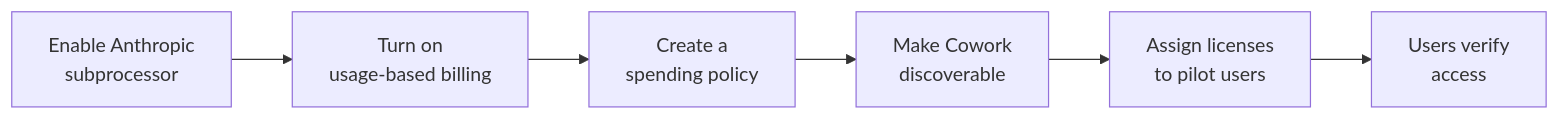
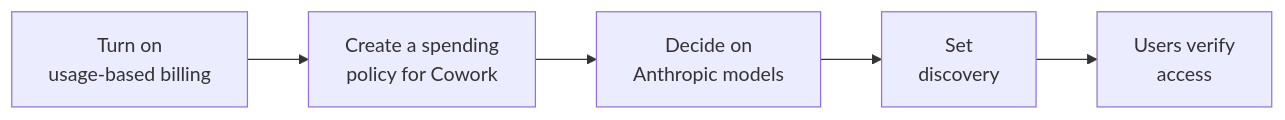
The diagram in demos/02-cowork/01-intro/readme.md (alexander-kastil/copilot-studio-agents), drawn with Mermaid before and after one commit. The commit also changed other lines of this file and 42 other files, not shown here.

Commit message:
feat(copilot-cowork): update brand-voice-copilot to check for em dashes, mermaid newlines, and sentence caps in markdown files, and add a script to generate a tool-description file for MCP connectors (#5)

````diff
--- a/demos/02-cowork/01-intro/readme.md
+++ b/demos/02-cowork/01-intro/readme.md
@@ -41,8 +44,7 @@
 ```mermaid
 flowchart LR
-  A["Enable Anthropic<br/>subprocessor"] --> B["Turn on<br/>usage-based billing"]
-  B --> C["Create a<br/>spending policy"]
-  C --> D["Make Cowork<br/>discoverable"]
-  D --> E["Assign licenses<br/>to pilot users"]
-  E --> F["Users verify<br/>access"]
+  A["Turn on<br/>usage-based billing"] --> B["Create a spending<br/>policy for Cowork"]
+  B --> C["Decide on<br/>Anthropic models"]
+  C --> D["Set<br/>discovery"]
+  D --> E["Users verify<br/>access"]
 ```
````
